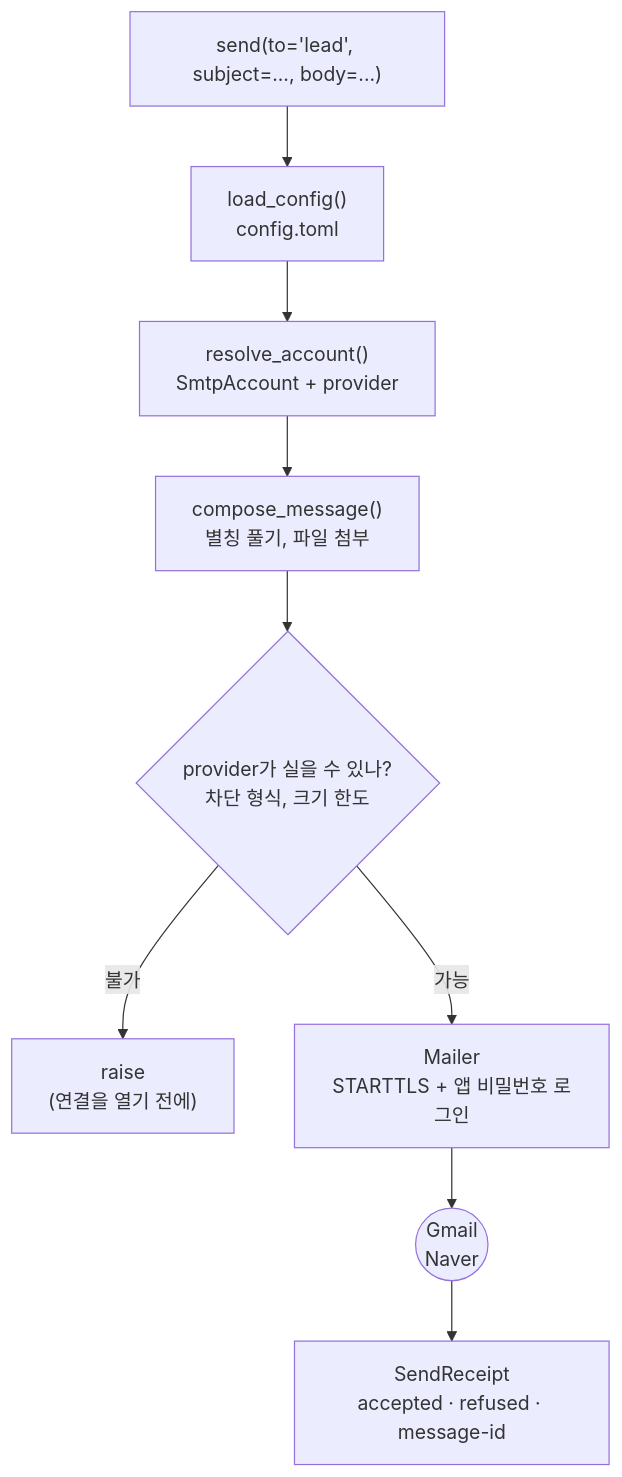
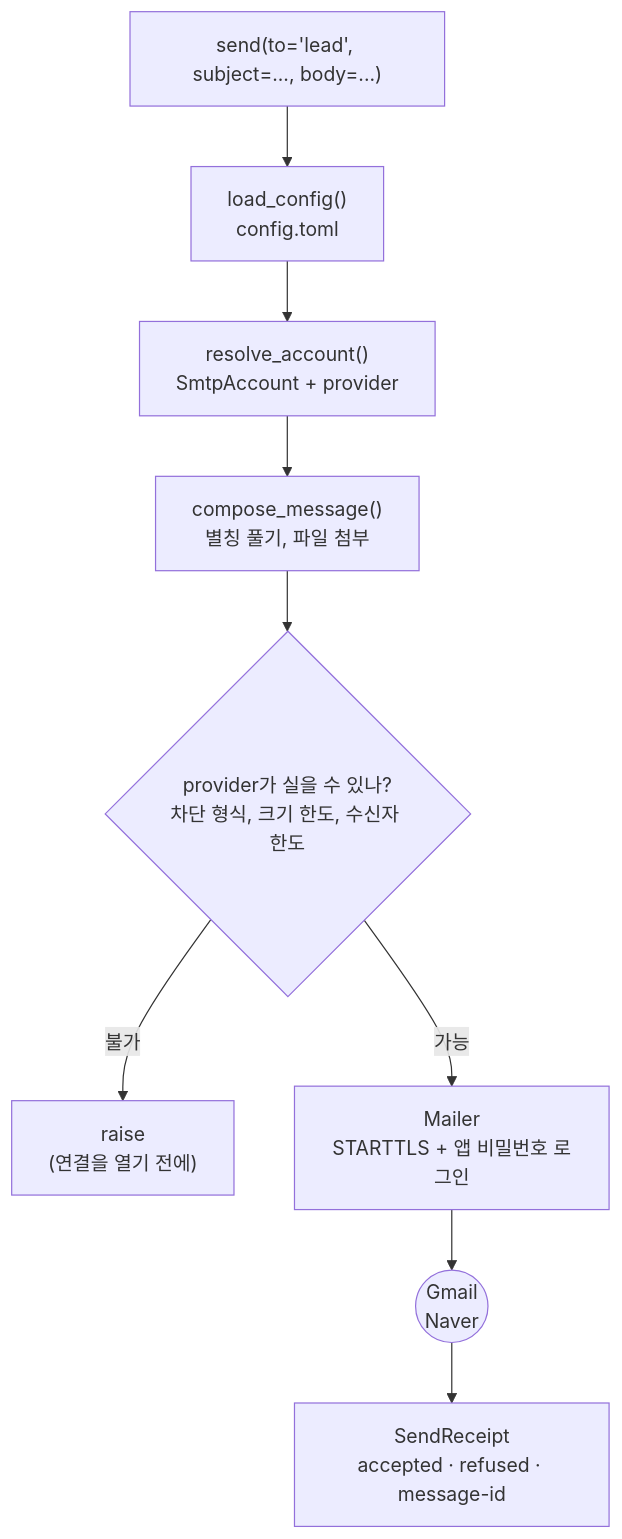
One commit to seokhoonj/mailmail changed the diagram in README.ko.md. Above: the diagram before and after it, drawn with Mermaid. The commit also changed other lines of this file and 9 other files, not shown here.

````diff
--- a/README.ko.md
+++ b/README.ko.md
@@ -48,11 +48,11 @@
 ```mermaid
 flowchart TB
     caller["send(to='lead', subject=..., body=...)"] --> cfg["load_config()<br/>config.toml"]
     cfg --> acct["resolve_account()<br/>SmtpAccount + provider"]
     acct --> compose["compose_message()<br/>별칭 풀기, 파일 첨부"]
-    compose --> screen{"provider가 실을 수 있나?<br/>차단 형식, 크기 한도"}
+    compose --> screen{"provider가 실을 수 있나?<br/>차단 형식, 크기 한도, 수신자 한도"}
     screen -->|"불가"| refuse["raise<br/>(연결을 열기 전에)"]
     screen -->|"가능"| connect["Mailer<br/>STARTTLS + 앱 비밀번호 로그인"]
     connect --> server(("Gmail<br/>Naver"))
     server --> receipt["SendReceipt<br/>accepted · refused · message-id"]
 ```
````
